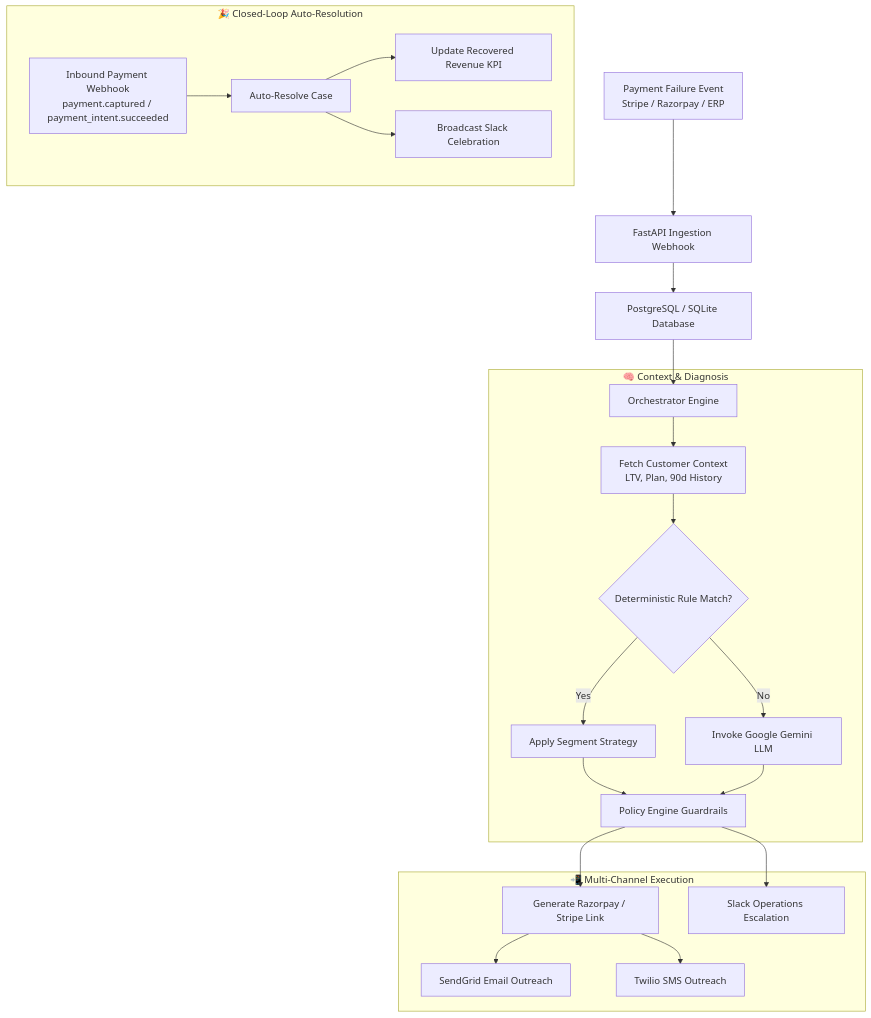
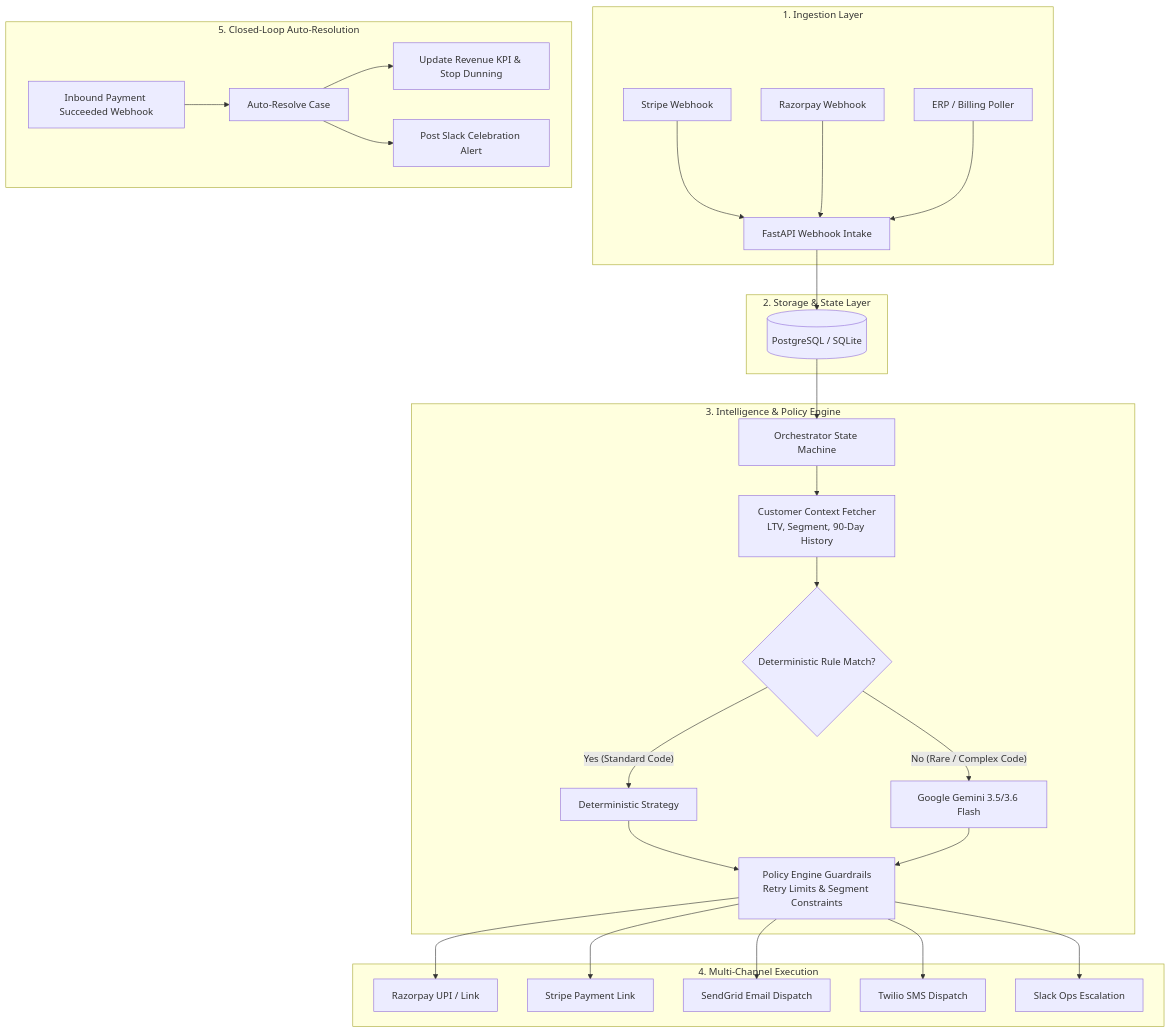
One commit to awejofficial/ai-revenue-v1 changed the first of 2 diagrams in README.md. Above: the diagram before and after it, drawn with Mermaid. The commit also changed other lines of this file, not shown here.

Commit message:
docs: comprehensive README with system architecture, updates, and multi-phase roadmap

````diff
--- a/README.md
+++ b/README.md
@@ -28,28 +50,36 @@
 ```mermaid
 flowchart TD
-    A[Payment Failure Event<br/>Stripe / Razorpay / ERP] --> B[FastAPI Ingestion Webhook]
-    B --> C[PostgreSQL / SQLite Database]
-    C --> D[Orchestrator Engine]
-    
-    subgraph Intelligence["🧠 Context & Diagnosis"]
-        D --> E[Fetch Customer Context<br/>LTV, Plan, 90d History]
+    subgraph Ingestion["1. Ingestion Layer"]
+        A1[Stripe Webhook] --> B[FastAPI Webhook Intake]
+        A2[Razorpay Webhook] --> B
+        A3[ERP / Billing Poller] --> B
+    end
+
+    subgraph Storage["2. Storage & State Layer"]
+        B --> C[(PostgreSQL / SQLite)]
+    end
+
+    subgraph Orchestration["3. Intelligence & Policy Engine"]
+        C --> D[Orchestrator State Machine]
+        D --> E[Customer Context Fetcher<br/>LTV, Segment, 90-Day History]
         E --> F{Deterministic Rule Match?}
-        F -- Yes --> G[Apply Segment Strategy]
-        F -- No --> H[Invoke Google Gemini LLM]
-        G --> I[Policy Engine Guardrails]
+        F -- "Yes (Standard Code)" --> G[Deterministic Strategy]
+        F -- "No (Rare / Complex Code)" --> H[Google Gemini 3.5/3.6 Flash]
+        G --> I[Policy Engine Guardrails<br/>Retry Limits & Segment Constraints]
         H --> I
     end
-    
-    subgraph Execution["📲 Multi-Channel Execution"]
-        I --> J[Generate Razorpay / Stripe Link]
-        J --> K[SendGrid Email Outreach]
-        J --> L[Twilio SMS Outreach]
-        I --> M[Slack Operations Escalation]
+
+    subgraph Execution["4. Multi-Channel Execution"]
+        I --> J1[Razorpay UPI / Link]
+        I --> J2[Stripe Payment Link]
+        I --> J3[SendGrid Email Dispatch]
+        I --> J4[Twilio SMS Dispatch]
+        I --> J5[Slack Ops Escalation]
     end
-    
-    subgraph Resolution["🎉 Closed-Loop Auto-Resolution"]
-        N[Inbound Payment Webhook<br/>payment.captured / payment_intent.succeeded] --> O[Auto-Resolve Case]
-        O --> P[Update Recovered Revenue KPI]
-        O --> Q[Broadcast Slack Celebration]
+
+    subgraph AutoResolution["5. Closed-Loop Auto-Resolution"]
+        K[Inbound Payment Succeeded Webhook] --> L[Auto-Resolve Case]
+        L --> M[Update Revenue KPI & Stop Dunning]
+        L --> N[Post Slack Celebration Alert]
     end
 ```
````
